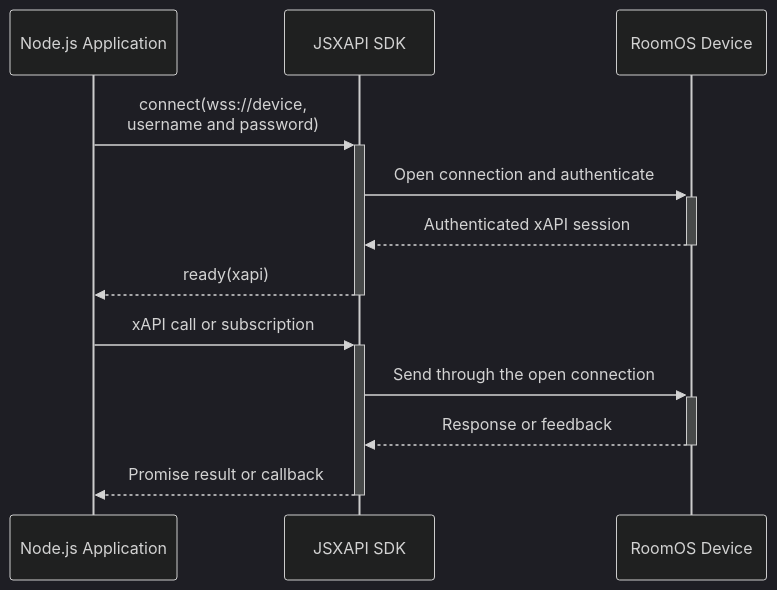
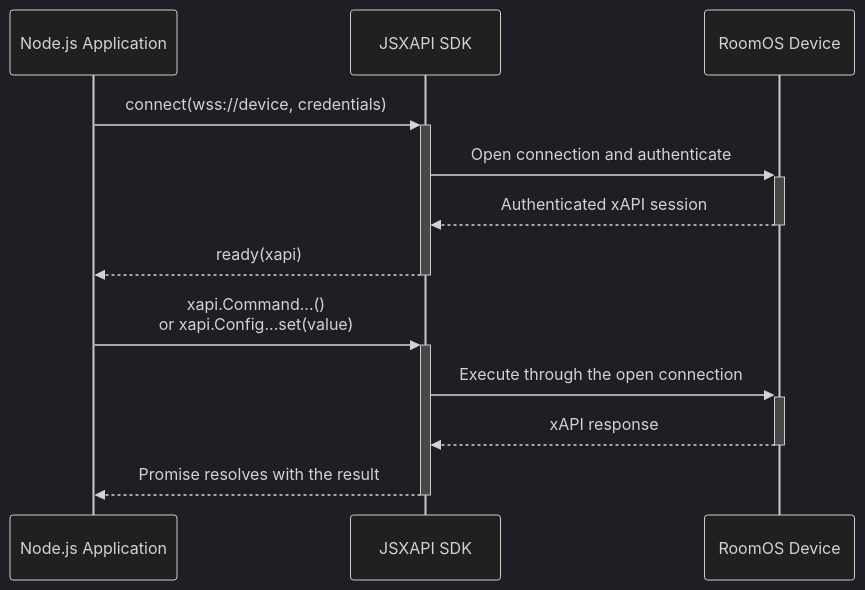
The fifth of 6 diagrams in docs/Main-Lab/RoomOS/rxp_xapi/rxp_xapi_jsxapi.md (WebexCC-SA/LAB-1451), drawn with Mermaid before and after one commit. The commit also changed other lines of this file, not shown here.

Commit message:
Show JSXAPI xAPI execution flows

````diff
--- a/docs/Main-Lab/RoomOS/rxp_xapi/rxp_xapi_jsxapi.md
+++ b/docs/Main-Lab/RoomOS/rxp_xapi/rxp_xapi_jsxapi.md
@@ -36,15 +89,15 @@
-            ``` mermaid
-            %%{init: {'theme':'dark'}}%%
-            sequenceDiagram
-              participant App as Node.js Application
-              participant SDK as JSXAPI SDK
-              participant Device as RoomOS Device
-              App->>+SDK: connect(wss://device,<br>username and password)
-              SDK->>+Device: Open connection and authenticate
-              Device-->>-SDK: Authenticated xAPI session
-              SDK-->>-App: ready(xapi)
-              App->>+SDK: xAPI call or subscription
-              SDK->>+Device: Send through the open connection
-              Device-->>-SDK: Response or feedback
-              SDK-->>-App: Promise result or callback
-            ```
+                ``` mermaid
+                %%{init: {'theme':'dark'}}%%
+                sequenceDiagram
+                  participant App as Node.js Application
+                  participant SDK as JSXAPI SDK
+                  participant Device as RoomOS Device
+                  App->>+SDK: connect(wss://device, credentials)
+                  SDK->>+Device: Open connection and authenticate
+                  Device-->>-SDK: Authenticated xAPI session
+                  SDK-->>-App: ready(xapi)
+                  App->>+SDK: xapi.Command...()<br>or xapi.Config...set(value)
+                  SDK->>+Device: Execute through the open connection
+                  Device-->>-SDK: xAPI response
+                  SDK-->>-App: Promise resolves with the result
+                ```
````
